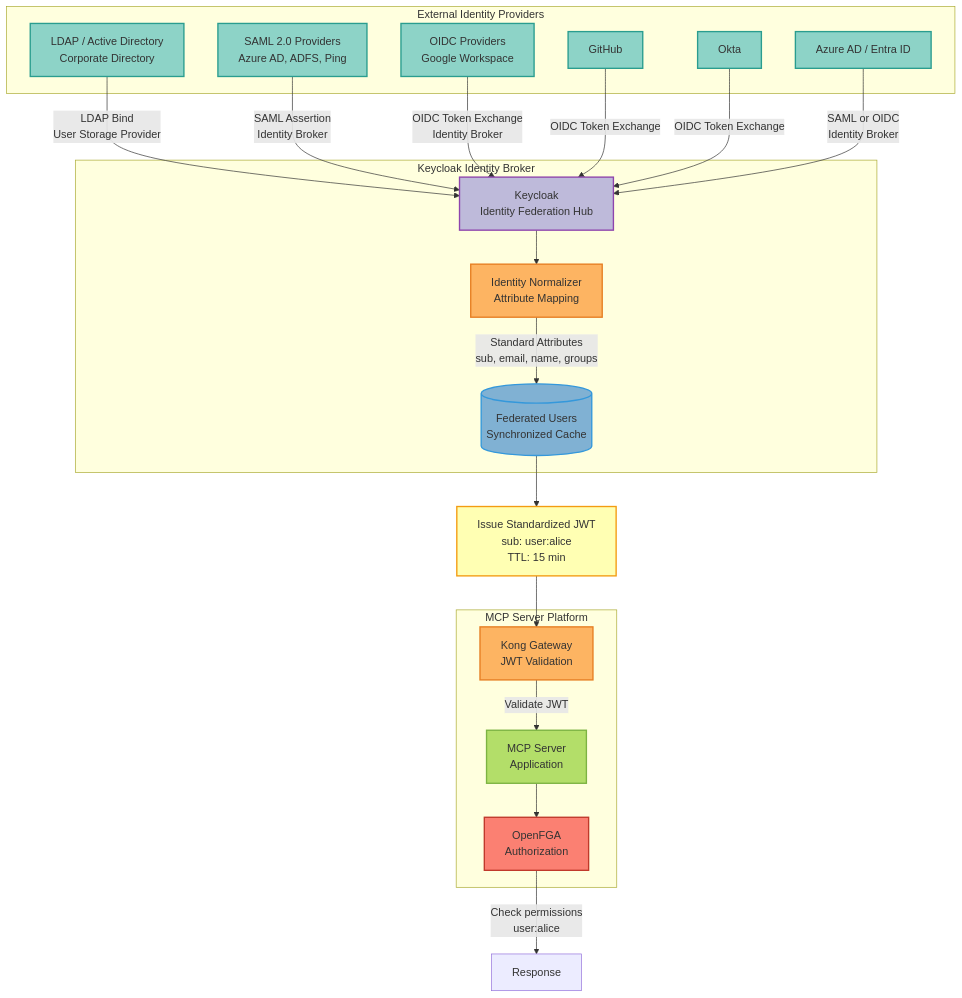
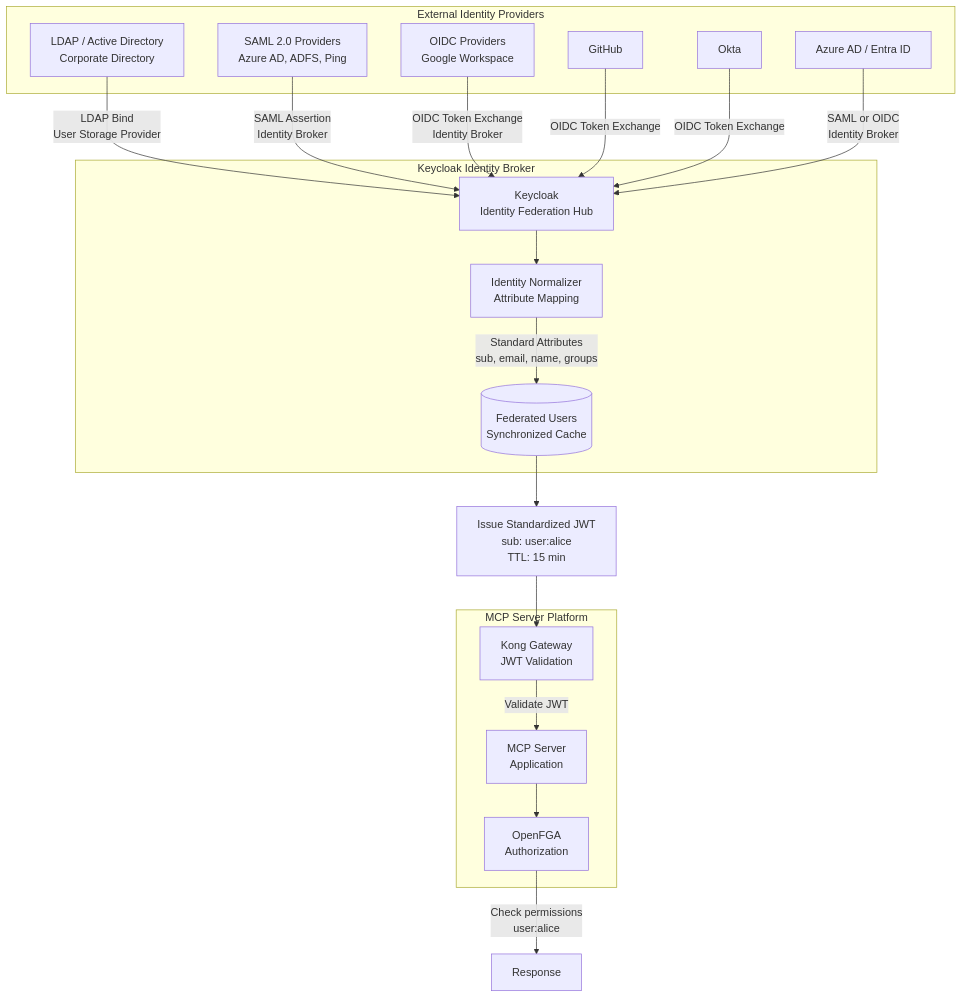
Before and after one commit to vishnu2kmohan/mcp-server-langgraph: the first of 2 diagrams in docs/architecture/adr-0037-identity-federation.mdx, drawn with Mermaid. The commit also changed 11 other files, not shown here.

First line of the commit message:
docs: modernize Mermaid diagrams to follow 2025 best practices

````diff
--- a/docs/architecture/adr-0037-identity-federation.mdx
+++ b/docs/architecture/adr-0037-identity-federation.mdx
@@ -37,57 +37,45 @@
 ```mermaid
 flowchart TB
     subgraph "External Identity Providers"
         LDAP[LDAP / Active Directory<br/>Corporate Directory]
         SAML[SAML 2.0 Providers<br/>Azure AD, ADFS, Ping]
         OIDC1[OIDC Providers<br/>Google Workspace]
         OIDC2[GitHub]
         OIDC3[Okta]
         Azure[Azure AD / Entra ID]
     end
 
     subgraph "Keycloak Identity Broker"
         KC[Keycloak<br/>Identity Federation Hub]
         Normalizer[Identity Normalizer<br/>Attribute Mapping]
         UserDB[(Federated Users<br/>Synchronized Cache)]
     end
 
     subgraph "MCP Server Platform"
         Kong[Kong Gateway<br/>JWT Validation]
         App[MCP Server<br/>Application]
         FGA[OpenFGA<br/>Authorization]
     end
 
     %% Federation connections
     LDAP -->|LDAP Bind<br/>User Storage Provider| KC
     SAML -->|SAML Assertion<br/>Identity Broker| KC
     OIDC1 -->|OIDC Token Exchange<br/>Identity Broker| KC
     OIDC2 -->|OIDC Token Exchange| KC
     OIDC3 -->|OIDC Token Exchange| KC
     Azure -->|SAML or OIDC<br/>Identity Broker| KC
 
     %% Keycloak processing
     KC --> Normalizer
     Normalizer -->|Standard Attributes<br/>sub, email, name, groups| UserDB
     UserDB --> JWT[Issue Standardized JWT<br/>sub: user:alice<br/>TTL: 15 min]
 
     %% Application flow
     JWT --> Kong
     Kong -->|Validate JWT| App
     App --> FGA
     FGA -->|Check permissions<br/>user:alice| Response[Response]
 
     %% Styling
-    style LDAP fill:#8dd3c7,stroke:#2a9d8f,stroke-width:2px
-    style SAML fill:#8dd3c7,stroke:#2a9d8f,stroke-width:2px
-    style OIDC1 fill:#8dd3c7,stroke:#2a9d8f,stroke-width:2px
-    style OIDC2 fill:#8dd3c7,stroke:#2a9d8f,stroke-width:2px
-    style OIDC3 fill:#8dd3c7,stroke:#2a9d8f,stroke-width:2px
-    style Azure fill:#8dd3c7,stroke:#2a9d8f,stroke-width:2px
-    style KC fill:#bebada,stroke:#8e44ad,stroke-width:2px
-    style Normalizer fill:#fdb462,stroke:#e67e22,stroke-width:2px
-    style UserDB fill:#80b1d3,stroke:#3498db,stroke-width:2px
-    style JWT fill:#ffffb3,stroke:#f39c12,stroke-width:2px
-    style Kong fill:#fdb462,stroke:#e67e22,stroke-width:2px
-    style App fill:#b3de69,stroke:#7cb342,stroke-width:2px
-    style FGA fill:#fb8072,stroke:#c0392b,stroke-width:2px
+
 ```
````
